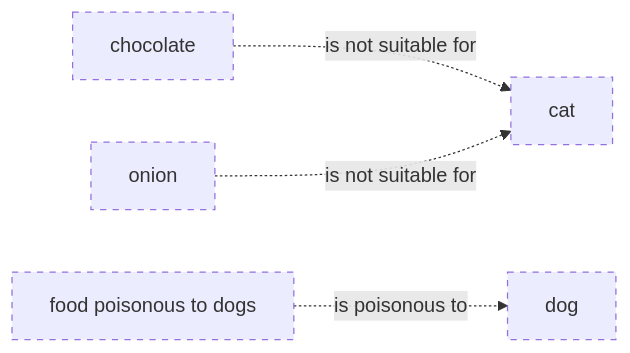
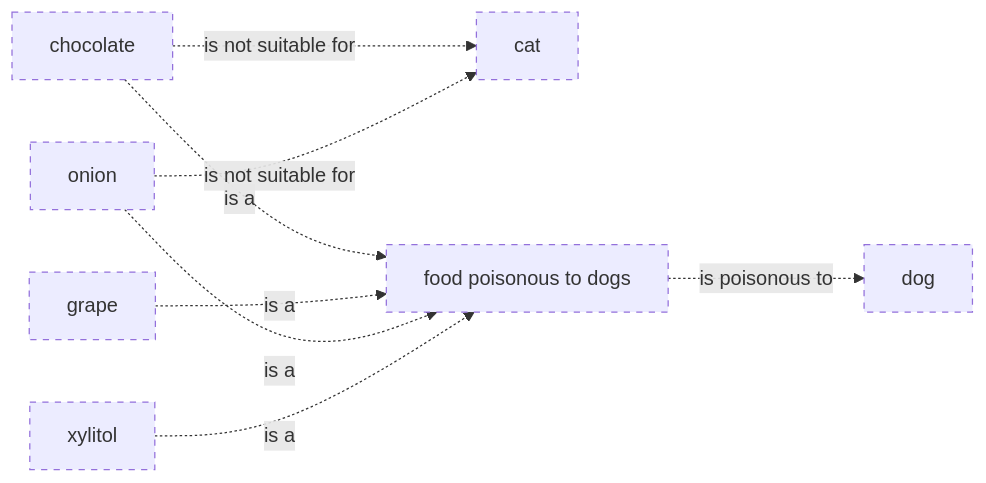
One commit to belaboros/DomainAiAssistant changed diagram 32 of 57 in data/ontology-pets-and-house-rules/03_release/00_raw/level-2.md. Above: the diagram before and after it, drawn with Mermaid. The commit also changed other lines of this file and 16 other files, not shown here.

First line of the commit message:
T39 (spec 0002): level diagrams near 16:9, is-a edges in relation diagrams

````diff
--- a/data/ontology-pets-and-house-rules/03_release/00_raw/level-2.md
+++ b/data/ontology-pets-and-house-rules/03_release/00_raw/level-2.md
@@ -548,13 +578,19 @@
 ```mermaid
 flowchart LR
     classDef draft stroke-dasharray: 5 5
     cn_01M82GY6D4FG58KKX81F7CX0F1["cat"]
     cn_01M82GM2G3AM0SX444VHV3202M["chocolate"]
     cn_01M82GJP3CRKNX3DNJZDNANDWM["dog"]
     cn_01M82GM2G3AM0SX444VHV3202K["food poisonous to dogs"]
+    cn_01M82GM2G3AM0SX444VHV3202N["grape"]
     cn_01M82GM2G3AM0SX444VHV3202P["onion"]
+    cn_01M82GM2G3AM0SX444VHV3202Q["xylitol"]
     cn_01M82GM2G3AM0SX444VHV3202K -. "is poisonous to" .-> cn_01M82GJP3CRKNX3DNJZDNANDWM
+    cn_01M82GM2G3AM0SX444VHV3202M -. "is a" .-> cn_01M82GM2G3AM0SX444VHV3202K
     cn_01M82GM2G3AM0SX444VHV3202M -. "is not suitable for" .-> cn_01M82GY6D4FG58KKX81F7CX0F1
+    cn_01M82GM2G3AM0SX444VHV3202N -. "is a" .-> cn_01M82GM2G3AM0SX444VHV3202K
+    cn_01M82GM2G3AM0SX444VHV3202P -. "is a" .-> cn_01M82GM2G3AM0SX444VHV3202K
     cn_01M82GM2G3AM0SX444VHV3202P -. "is not suitable for" .-> cn_01M82GY6D4FG58KKX81F7CX0F1
-    class cn_01M82GY6D4FG58KKX81F7CX0F1,cn_01M82GM2G3AM0SX444VHV3202M,cn_01M82GJP3CRKNX3DNJZDNANDWM,cn_01M82GM2G3AM0SX444VHV3202K,cn_01M82GM2G3AM0SX444VHV3202P draft
+    cn_01M82GM2G3AM0SX444VHV3202Q -. "is a" .-> cn_01M82GM2G3AM0SX444VHV3202K
+    class cn_01M82GY6D4FG58KKX81F7CX0F1,cn_01M82GM2G3AM0SX444VHV3202M,cn_01M82GJP3CRKNX3DNJZDNANDWM,cn_01M82GM2G3AM0SX444VHV3202K,cn_01M82GM2G3AM0SX444VHV3202N,cn_01M82GM2G3AM0SX444VHV3202P,cn_01M82GM2G3AM0SX444VHV3202Q draft
 ```
````
